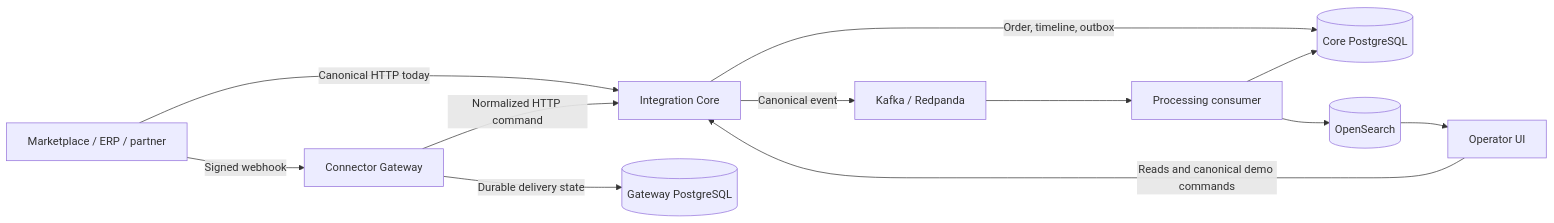
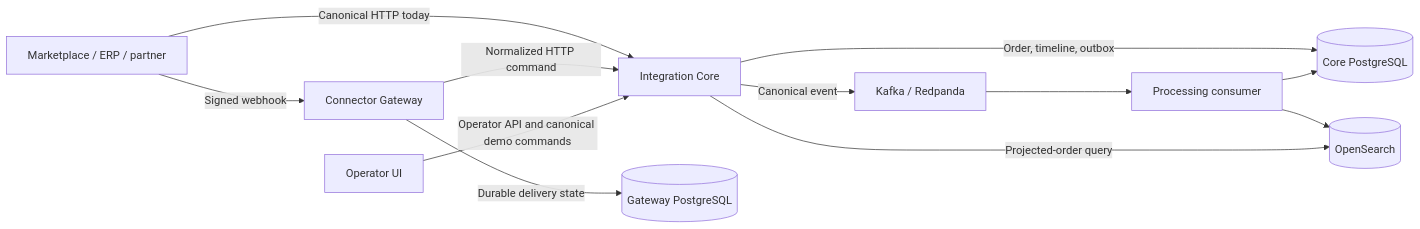
The diagram in docs/product-overview.md (PietroRussoD/commerce-integration-hub), drawn with Mermaid before and after one commit. The commit also changed other lines of this file and 3 other files, not shown here.

Commit message:
📝 Align architecture documentation

````diff
--- a/docs/product-overview.md
+++ b/docs/product-overview.md
@@ -45,23 +46,23 @@
 ```mermaid
 flowchart LR
     Source[Marketplace / ERP / partner]
     Gateway[Connector Gateway]
     Core[Integration Core]
     GatewayDatabase[(Gateway PostgreSQL)]
     CoreDatabase[(Core PostgreSQL)]
     Broker[Kafka / Redpanda]
     Processor[Processing consumer]
     Search[(OpenSearch)]
     UI[Operator UI]
     Source -->|Canonical HTTP today| Core
     Source -->|Signed webhook| Gateway
     Gateway -->|Durable delivery state| GatewayDatabase
     Gateway -->|Normalized HTTP command| Core
     Core -->|Order, timeline, outbox| CoreDatabase
     Core -->|Canonical event| Broker
     Broker --> Processor
     Processor --> CoreDatabase
     Processor --> Search
-    Search --> UI
-    UI -->|Reads and canonical demo commands| Core
+    UI -->|Operator API and canonical demo commands| Core
+    Core -->|Projected-order query| Search
 ```
````
